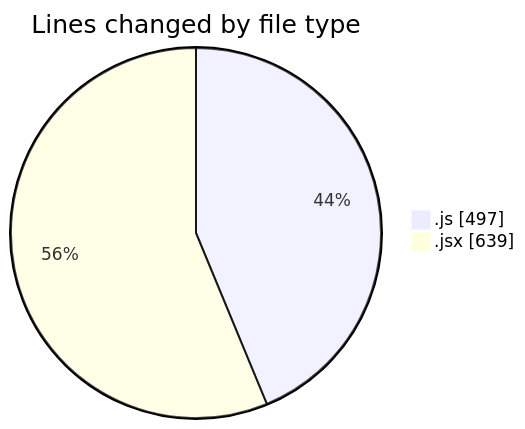
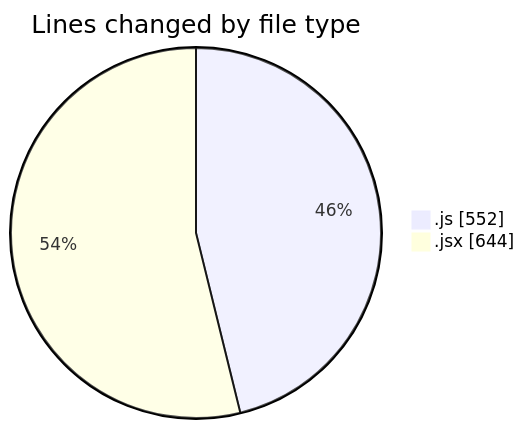
The first of 2 diagrams in 2025-07-01/argos/README.md (nxtqubesakshisongat/code-tracking), drawn with Mermaid before and after one commit. The commit also changed other lines of this file and 1 other file, not shown here.

````diff
--- a/2025-07-01/argos/README.md
+++ b/2025-07-01/argos/README.md
@@ -22,6 +23,6 @@
 ```mermaid
 pie showData
 title Lines changed by file type
-".js" : 497
-".jsx" : 639
+".js" : 552
+".jsx" : 644
 ```
````
